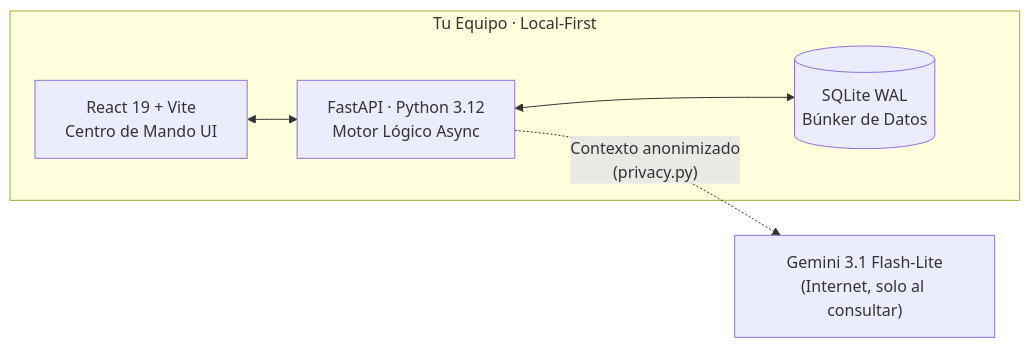
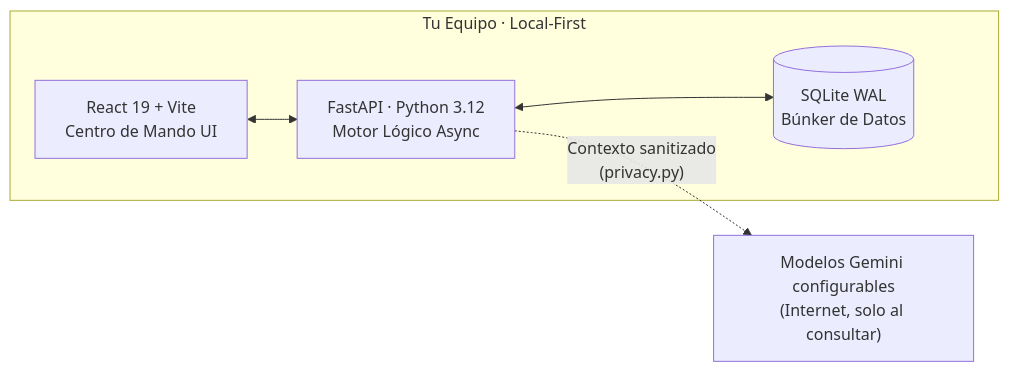
Before and after one commit to Alanjavier22/Tabula-Rasa: the diagram in README.md, drawn with Mermaid. The commit also changed other lines of this file, not shown here.

````diff
--- a/README.md
+++ b/README.md
@@ -51,11 +52,11 @@
 ```mermaid
 flowchart LR
     subgraph LOCAL["Tu Equipo · Local-First"]
         FE["React 19 + Vite\nCentro de Mando UI"]
         BE["FastAPI · Python 3.12\nMotor Lógico Async"]
         DB[("SQLite WAL\nBúnker de Datos")]
         FE <--> BE
         BE <--> DB
     end
-    BE -."Contexto anonimizado\n(privacy.py)".-> AI["Gemini 3.1 Flash-Lite\n(Internet, solo al consultar)"]
+    BE -."Contexto sanitizado\n(privacy.py)".-> AI["Modelos Gemini configurables\n(Internet, solo al consultar)"]
 ```
````
